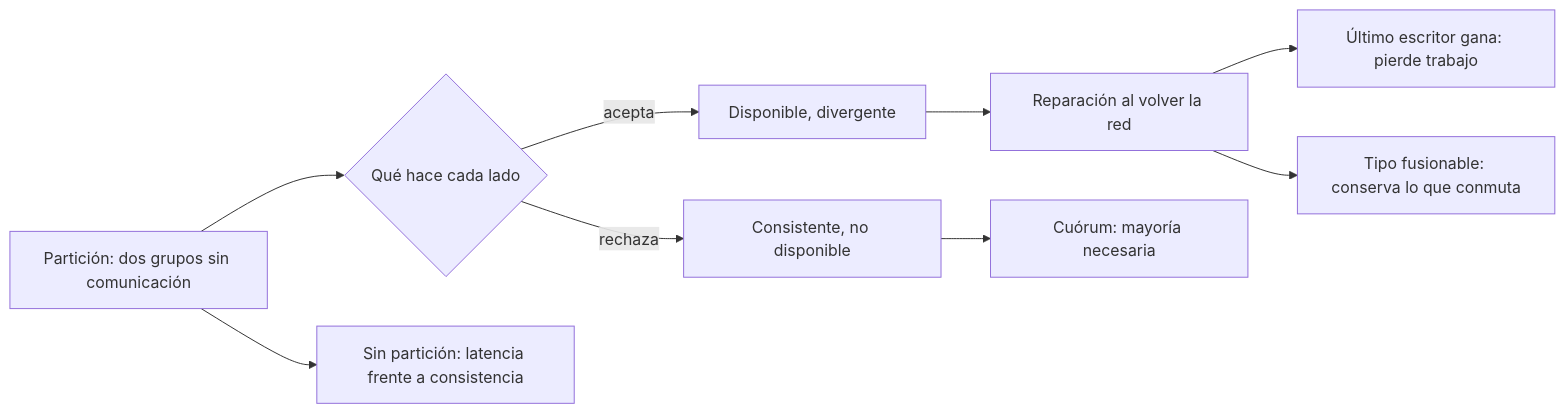
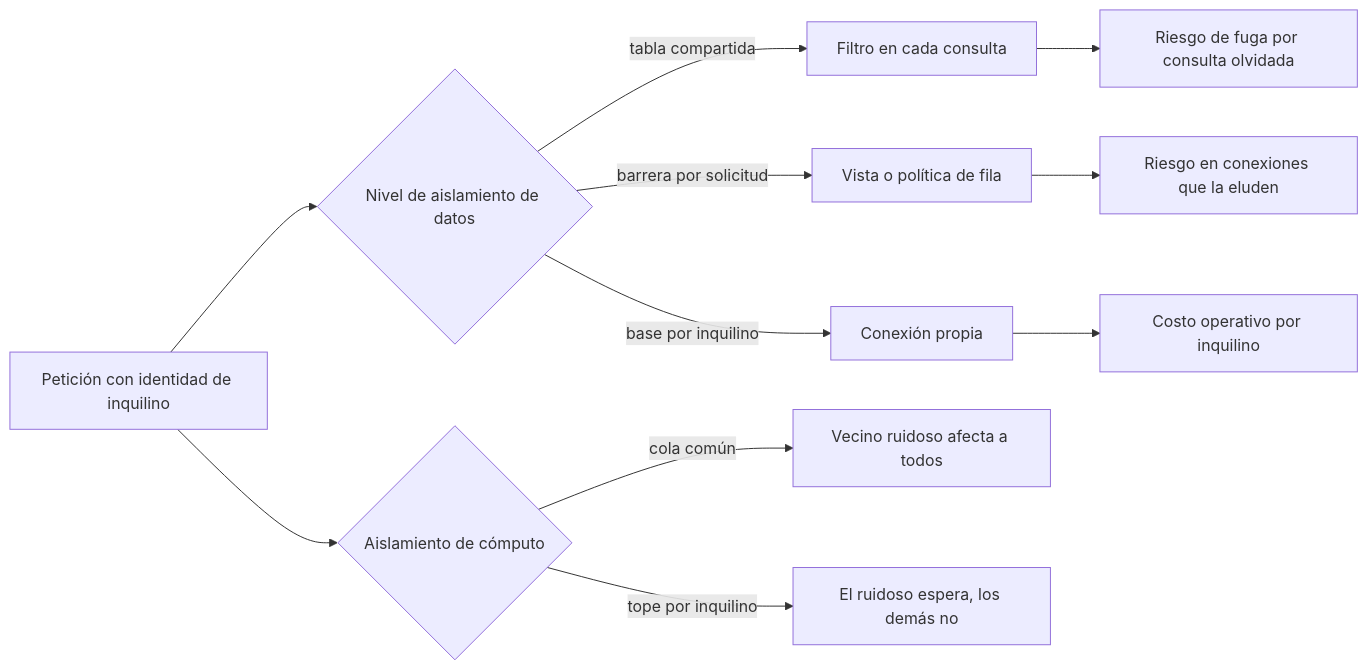
Before and after one commit to vladimiracunadev-create/modern-software-engineering-program: the diagram in content/part-28/SE-342.md, drawn with Mermaid. The commit also changed other lines of this file and 5193 other files, not shown here.

````diff
--- a/content/part-28/SE-342.md
+++ b/content/part-28/SE-342.md
@@ -55,11 +58,13 @@
 ```mermaid
 flowchart LR
-    A[Partición: dos grupos sin comunicación] --> B{Qué hace cada lado}
-    B -->|rechaza| C[Consistente, no disponible]
-    B -->|acepta| D[Disponible, divergente]
-    D --> E[Reparación al volver la red]
-    E --> F[Último escritor gana: pierde trabajo]
-    E --> G[Tipo fusionable: conserva lo que conmuta]
-    C --> H[Cuórum: mayoría necesaria]
-    A --> I[Sin partición: latencia frente a consistencia]
+    A[Petición con identidad de inquilino] --> B{Nivel de aislamiento de datos}
+    B -->|tabla compartida| C[Filtro en cada consulta]
+    B -->|barrera por solicitud| D[Vista o política de fila]
+    B -->|base por inquilino| E[Conexión propia]
+    A --> F{Aislamiento de cómputo}
+    F -->|cola común| G[Vecino ruidoso afecta a todos]
+    F -->|tope por inquilino| H[El ruidoso espera, los demás no]
+    C --> I[Riesgo de fuga por consulta olvidada]
+    D --> J[Riesgo en conexiones que la eluden]
+    E --> K[Costo operativo por inquilino]
 ```
````
